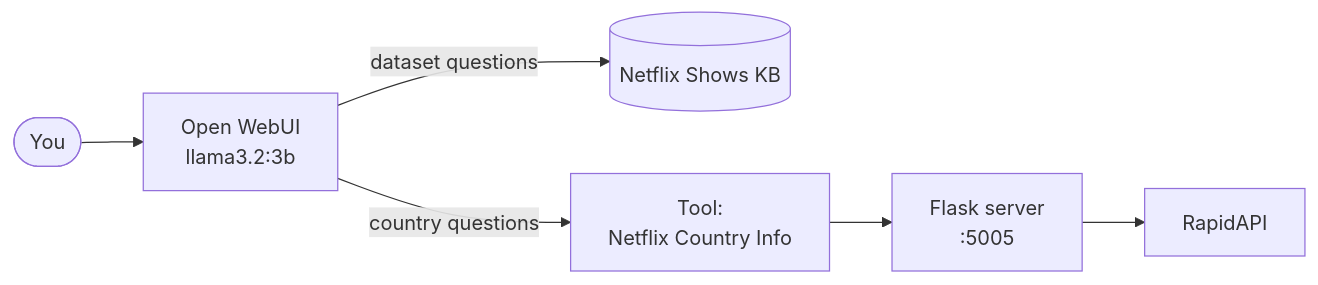
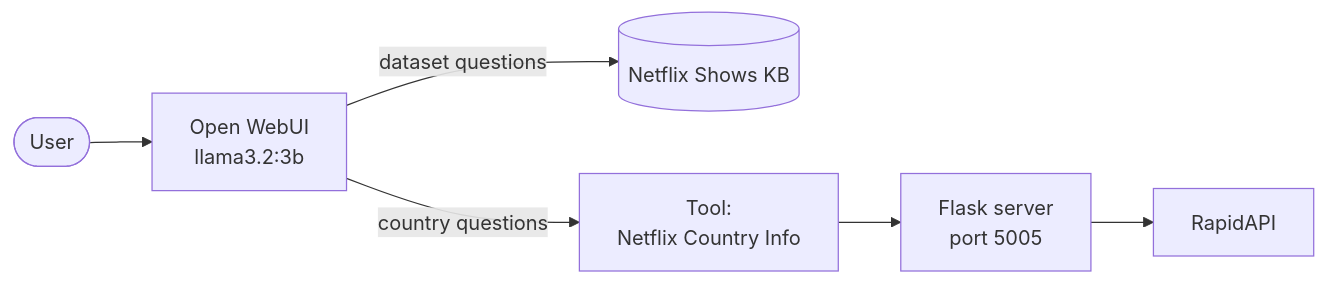
One commit to reem-mor/ai-engineering-portfolio changed the diagram in homework/hw07-openwebui/README.md. Above: the diagram before and after it, drawn with Mermaid. The commit also changed other lines of this file, not shown here.

````diff
--- a/homework/hw07-openwebui/README.md
+++ b/homework/hw07-openwebui/README.md
@@ -8,8 +8,8 @@
 ```mermaid
 flowchart LR
-    U([You]) --> OW[Open WebUI<br/>llama3.2:3b]
+    U([User]) --> OW[Open WebUI<br/>llama3.2:3b]
     OW -->|dataset questions| KB[(Netflix Shows KB)]
     OW -->|country questions| T[Tool:<br/>Netflix Country Info]
-    T --> FS[Flask server<br/>:5005]
+    T --> FS[Flask server<br/>port 5005]
     FS --> API[RapidAPI]
 ```
````
